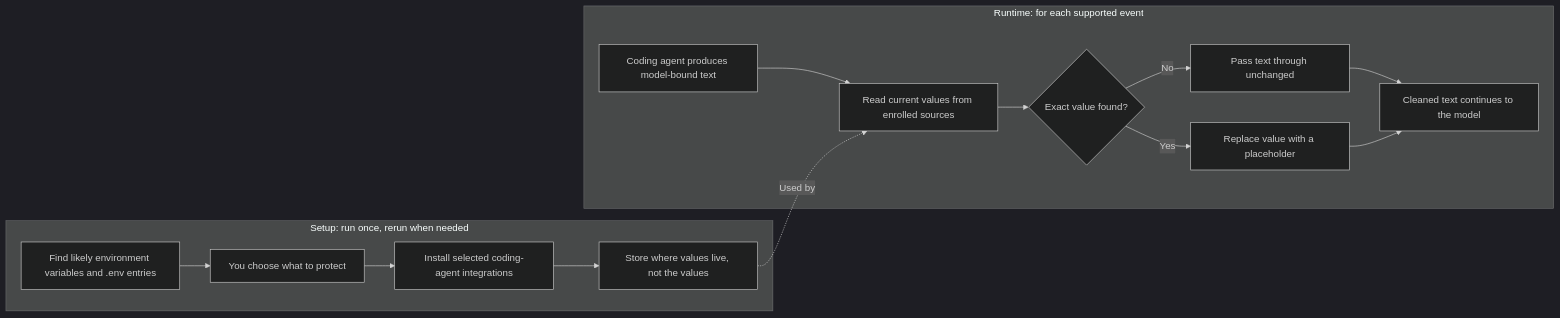
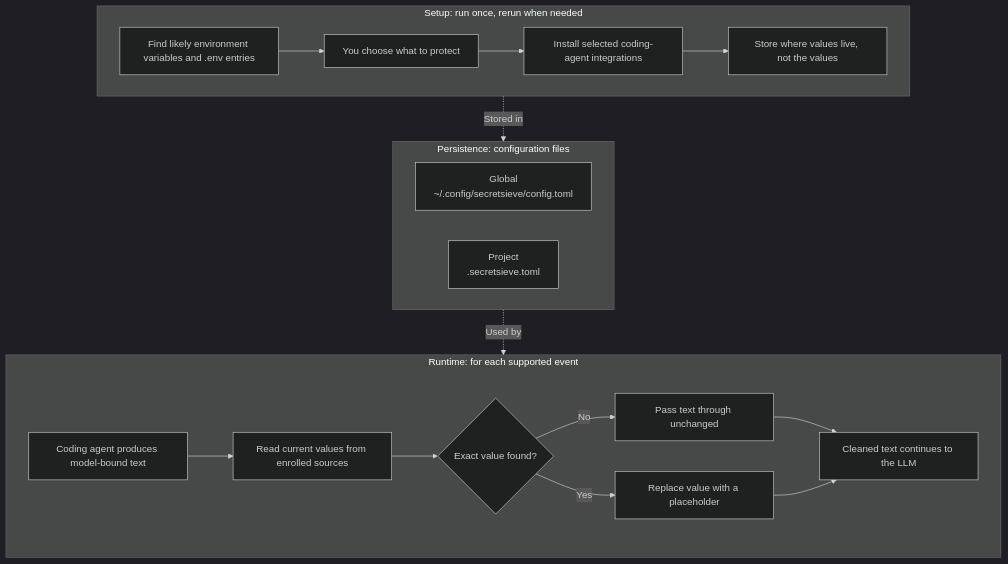
The diagram in README.md (daniel-sc/contextveil), drawn with Mermaid (dark theme) before and after one commit. The commit also changed other lines of this file, not shown here.

Commit message:
Polish README setup and wording

````diff
--- a/README.md
+++ b/README.md
@@ -52,24 +58,34 @@
 ```mermaid
-flowchart LR
+flowchart TD
     subgraph setup [Setup: run once, rerun when needed]
+        direction LR
         A[Find likely environment variables and .env entries]
         B[You choose what to protect]
         C[Install selected coding-agent integrations]
         D[Store where values live, not the values]
         A --> B --> C --> D
     end
 
+
+    subgraph persistence [Persistence: configuration files]
+      direction LR
+      X[Global<br>~/.config/secretsieve/config.toml]
+      Y[Project<br>.secretsieve.toml]
+    end
+
     subgraph runtime [Runtime: for each supported event]
+        direction LR
         E[Coding agent produces model-bound text]
         F[Read current values from enrolled sources]
         G{Exact value found?}
         H[Pass text through unchanged]
         I[Replace value with a placeholder]
-        J[Cleaned text continues to the model]
+        J[Cleaned text continues to the LLM]
         E --> F --> G
         G -- No --> H --> J
         G -- Yes --> I --> J
     end
 
-    D -. Used by .-> F
+    setup -. Stored in .-> persistence
+    persistence -. Used by .-> runtime
 ```
````
